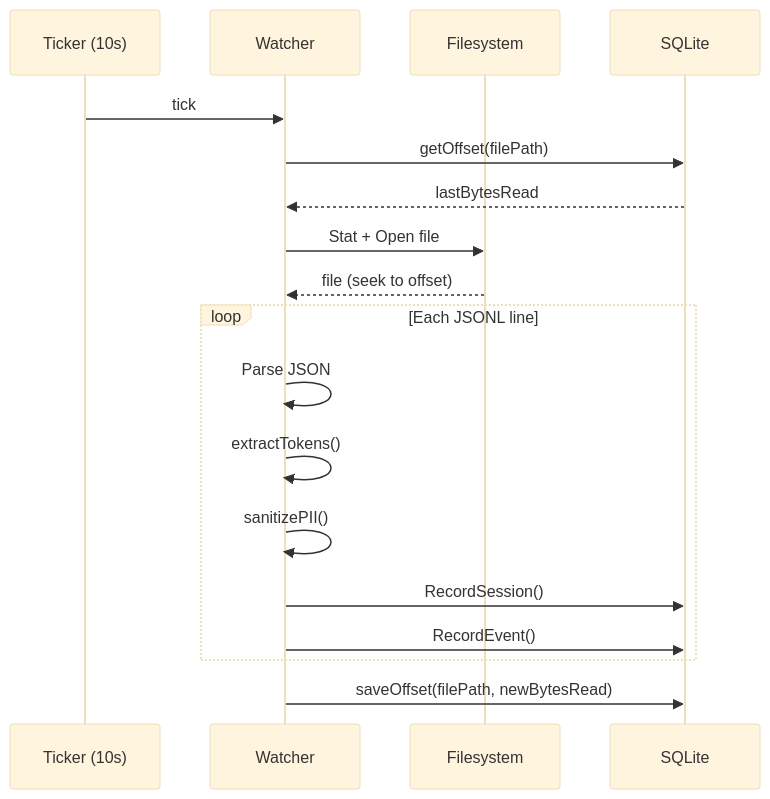
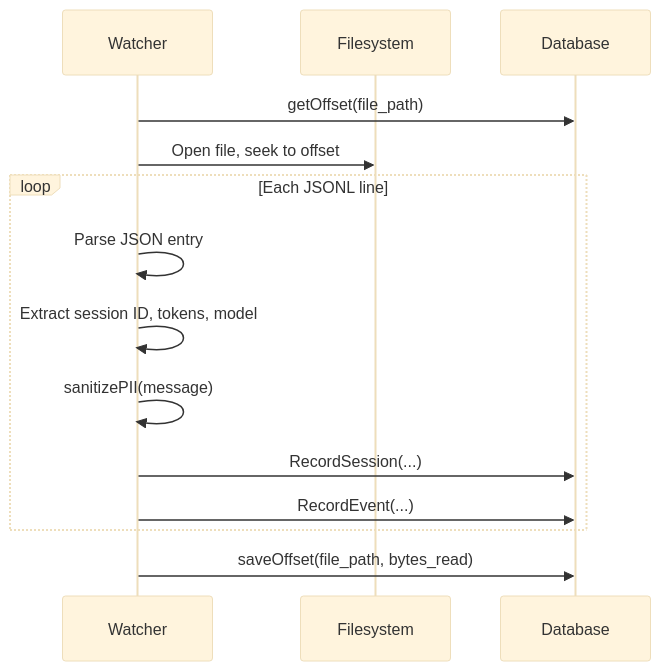
Before and after one commit to bradAGI/Orchestra: the second of 2 diagrams in docs/backend/telemetry.md, drawn with Mermaid (base theme). The commit also changed other lines of this file and 1 other file, not shown here.

````diff
--- a/docs/backend/telemetry.md
+++ b/docs/backend/telemetry.md
@@ -48,21 +79,17 @@
 ```mermaid
 sequenceDiagram
-    participant T as Ticker (10s)
     participant W as Watcher
     participant FS as Filesystem
-    participant DB as SQLite
+    participant DB as Database
 
-    T->>W: tick
-    W->>DB: getOffset(filePath)
-    DB-->>W: lastBytesRead
-    W->>FS: Stat + Open file
-    FS-->>W: file (seek to offset)
+    W->>DB: getOffset(file_path)
+    W->>FS: Open file, seek to offset
     loop Each JSONL line
-        W->>W: Parse JSON
-        W->>W: extractTokens()
-        W->>W: sanitizePII()
-        W->>DB: RecordSession()
-        W->>DB: RecordEvent()
+        W->>W: Parse JSON entry
+        W->>W: Extract session ID, tokens, model
+        W->>W: sanitizePII(message)
+        W->>DB: RecordSession(...)
+        W->>DB: RecordEvent(...)
     end
-    W->>DB: saveOffset(filePath, newBytesRead)
+    W->>DB: saveOffset(file_path, bytes_read)
 ```
````
